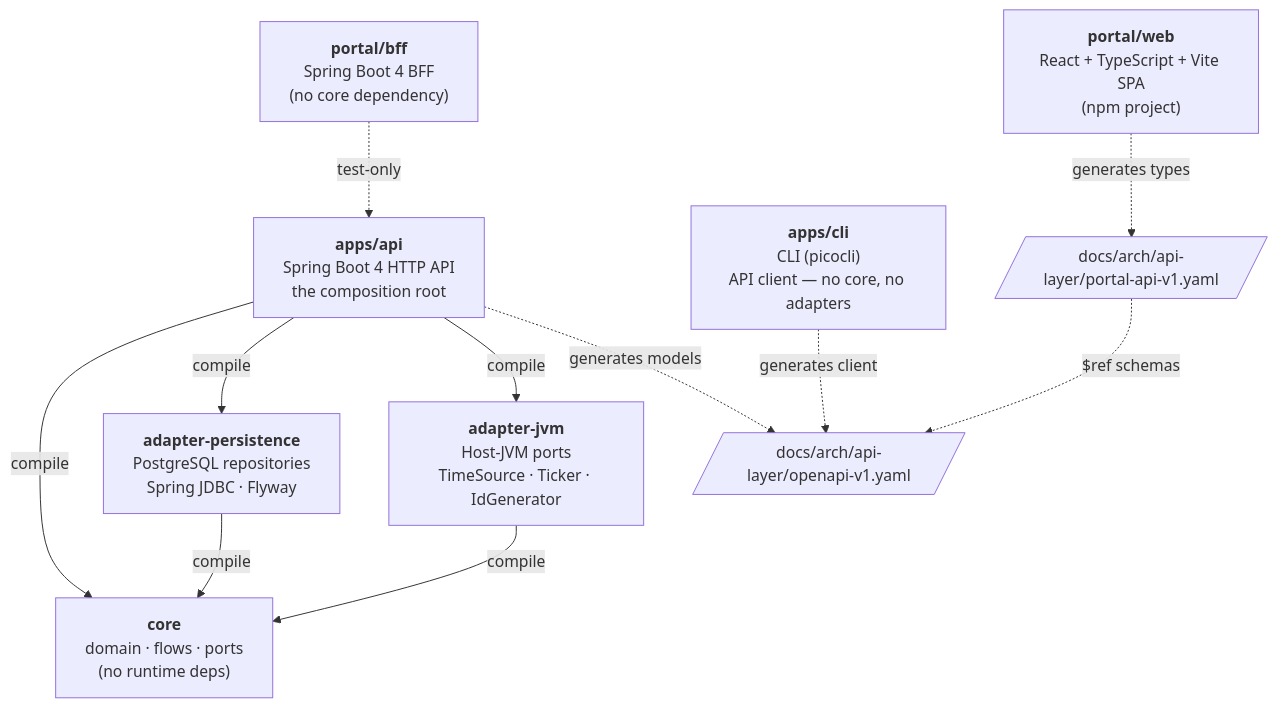
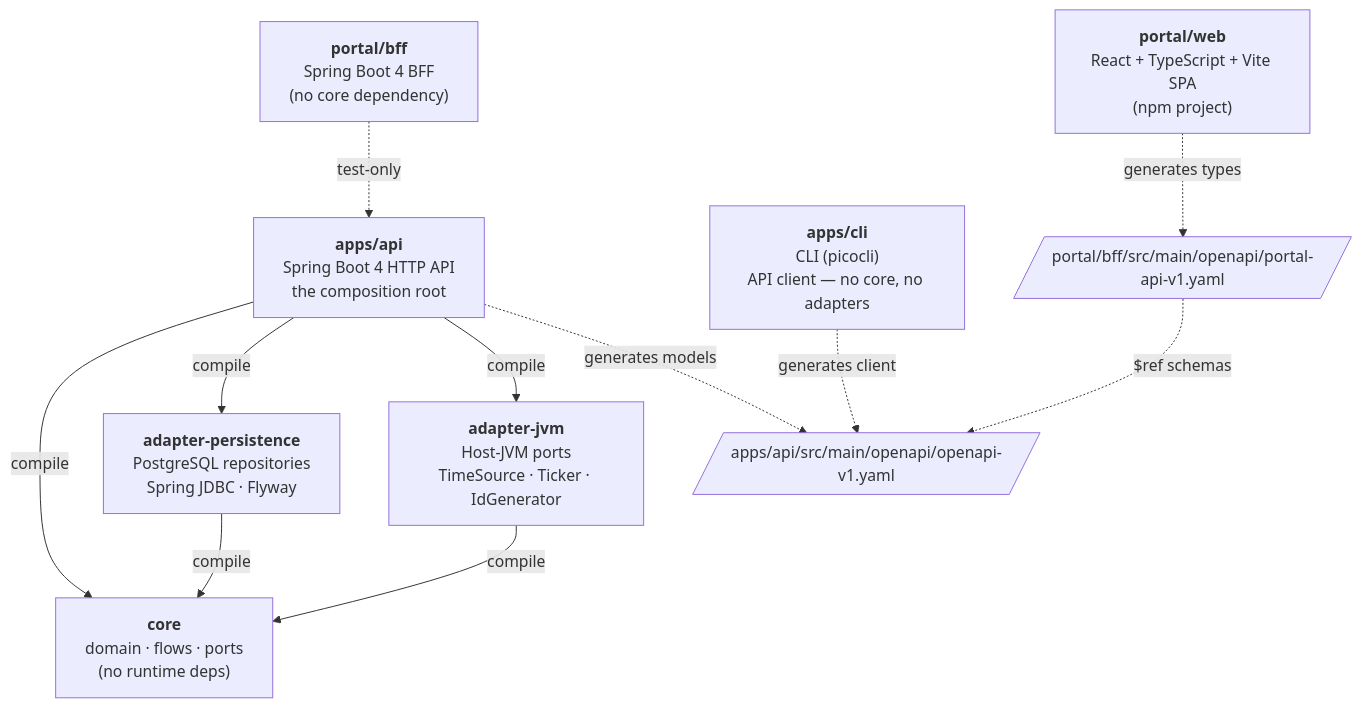
One commit to lpiedade/hex-mono-repo-web-java changed the first of 2 diagrams in docs/arch/module-dependency-map.md. Above: the diagram before and after it, drawn with Mermaid. The commit also changed other lines of this file and 29 other files, not shown here.

````diff
--- a/docs/arch/module-dependency-map.md
+++ b/docs/arch/module-dependency-map.md
@@ -33,30 +33,30 @@
 ```mermaid
 graph TD
     core["<b>core</b>\ndomain · flows · ports\n(no runtime deps)"]
 
     pers["<b>adapter-persistence</b>\nPostgreSQL repositories\nSpring JDBC · Flyway"]
     jvm["<b>adapter-jvm</b>\nHost-JVM ports\nTimeSource · Ticker · IdGenerator"]
 
     api["<b>apps/api</b>\nSpring Boot 4 HTTP API\nthe composition root"]
     cli["<b>apps/cli</b>\nCLI (picocli)\nAPI client — no core, no adapters"]
 
     bff["<b>portal/bff</b>\nSpring Boot 4 BFF\n(no core dependency)"]
     web["<b>portal/web</b>\nReact + TypeScript + Vite SPA\n(npm project)"]
 
-    contract[/"docs/arch/api-layer/openapi-v1.yaml"/]
-    pcontract[/"docs/arch/api-layer/portal-api-v1.yaml"/]
+    contract[/"apps/api/src/main/openapi/openapi-v1.yaml"/]
+    pcontract[/"portal/bff/src/main/openapi/portal-api-v1.yaml"/]
 
     pers -->|compile| core
     jvm  -->|compile| core
 
     api -->|compile| core
     api -->|compile| pers
     api -->|compile| jvm
 
     api -.->|"generates models"| contract
     cli -.->|"generates client"| contract
     web -.->|"generates types"| pcontract
     pcontract -.->|"$ref schemas"| contract
 
     bff -.->|test-only| api
 ```
````
